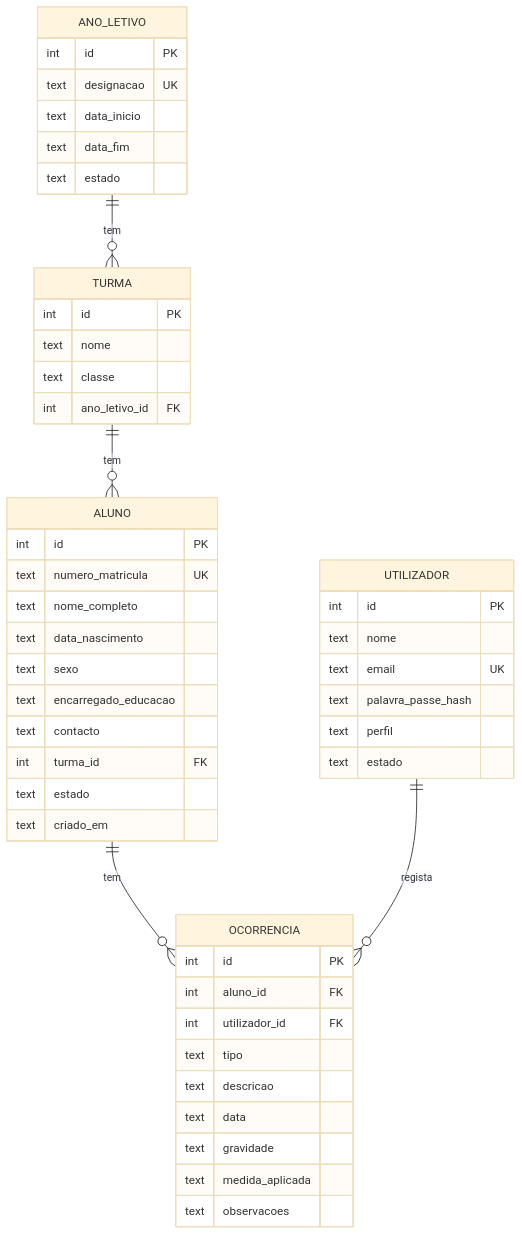
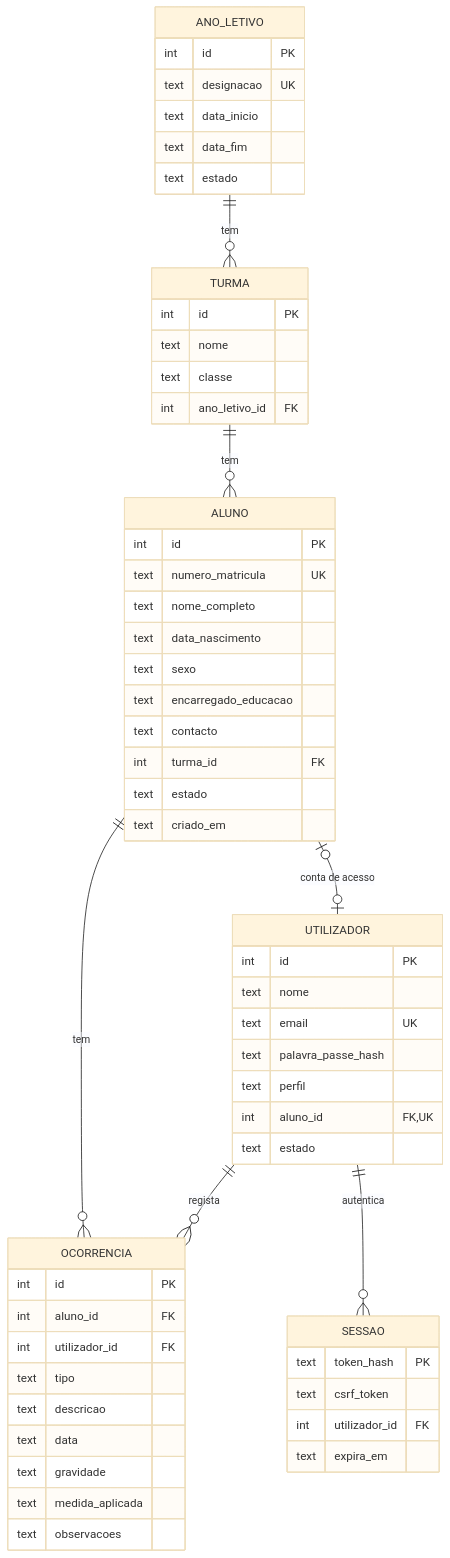
The diagram in docs/base-dados.md (loouco/caderneta-escolar), drawn with Mermaid (base theme) before and after one commit. The commit also changed other lines of this file and 39 other files, not shown here.

````diff
--- a/docs/base-dados.md
+++ b/docs/base-dados.md
@@ -8,42 +8,49 @@
 ```mermaid
 erDiagram
     ANO_LETIVO ||--o{ TURMA : "tem"
     TURMA ||--o{ ALUNO : "tem"
     ALUNO ||--o{ OCORRENCIA : "tem"
     UTILIZADOR ||--o{ OCORRENCIA : "regista"
+    UTILIZADOR ||--o{ SESSAO : "autentica"
+    ALUNO o|--o| UTILIZADOR : "conta de acesso"
 
     ANO_LETIVO { int id PK
         text designacao UK
         text data_inicio
         text data_fim
         text estado }
     TURMA { int id PK
         text nome
         text classe
         int ano_letivo_id FK }
     ALUNO { int id PK
         text numero_matricula UK
         text nome_completo
         text data_nascimento
         text sexo
         text encarregado_educacao
         text contacto
         int turma_id FK
         text estado
         text criado_em }
     UTILIZADOR { int id PK
         text nome
         text email UK
         text palavra_passe_hash
         text perfil
+        int aluno_id FK, UK
         text estado }
+    SESSAO { text token_hash PK
+        text csrf_token
+        int utilizador_id FK
+        text expira_em }
     OCORRENCIA { int id PK
         int aluno_id FK
         int utilizador_id FK
         text tipo
         text descricao
         text data
         text gravidade
         text medida_aplicada
         text observacoes }
 ```
````
